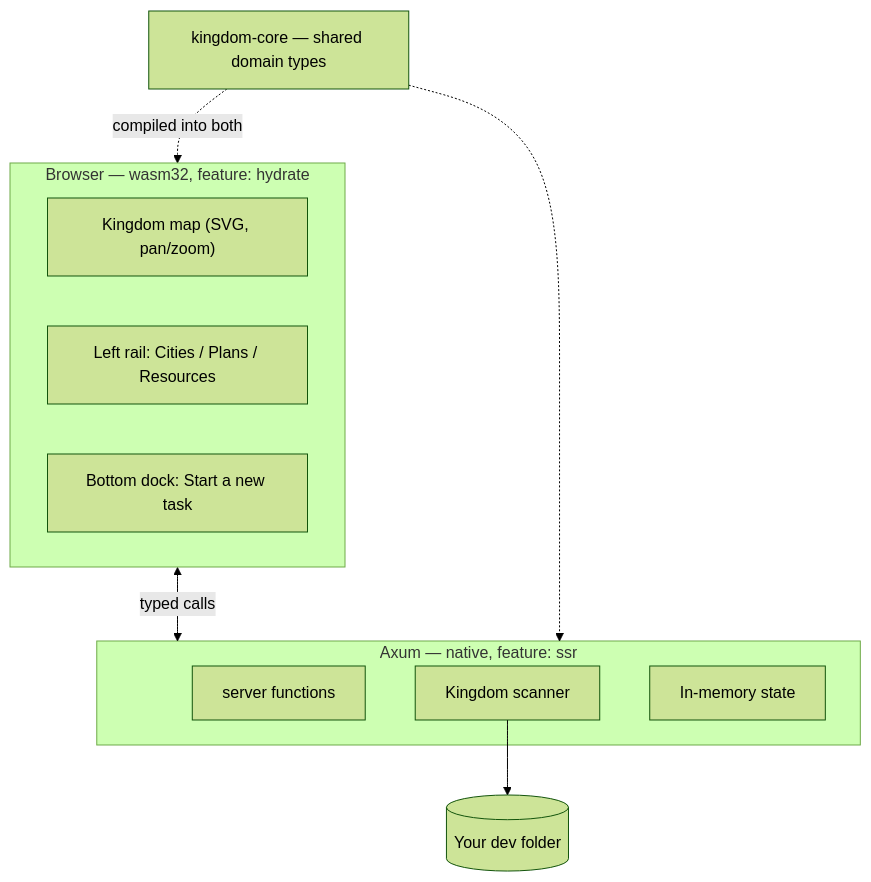
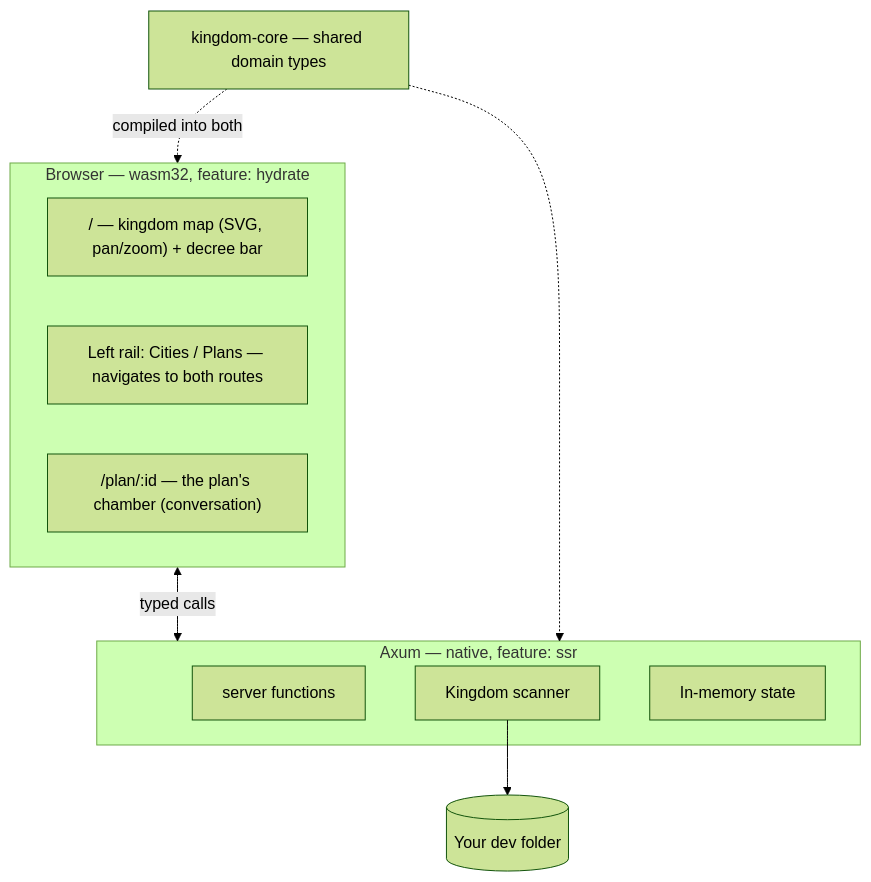
The diagram in AGENTS.md (craigloewen-msft/kingdom-ide), drawn with Mermaid (forest theme) before and after one commit. The commit also changed other lines of this file and 17 other files, not shown here.

````diff
--- a/AGENTS.md
+++ b/AGENTS.md
@@ -157,20 +158,20 @@
 ```mermaid
 flowchart TB
   subgraph Browser["Browser — wasm32, feature: hydrate"]
-    Map["Kingdom map (SVG, pan/zoom)"]
-    Side["Left rail: Cities / Plans / Resources"]
-    Chat["Bottom dock: Start a new task"]
+    Map["/ — kingdom map (SVG, pan/zoom) + decree bar"]
+    Side["Left rail: Cities / Plans — navigates to both routes"]
+    Chat["/plan/:id — the plan's chamber (conversation)"]
   end
   subgraph Server["Axum — native, feature: ssr"]
     SF["server functions"]
     Scan["Kingdom scanner"]
     Store["In-memory state"]
   end
   Core["kingdom-core — shared domain types"]
   FS[("Your dev folder")]
 
   Browser <-->|"typed calls"| Server
   Scan --> FS
   Core -.->|"compiled into both"| Browser
   Core -.-> Server
 ```
````
